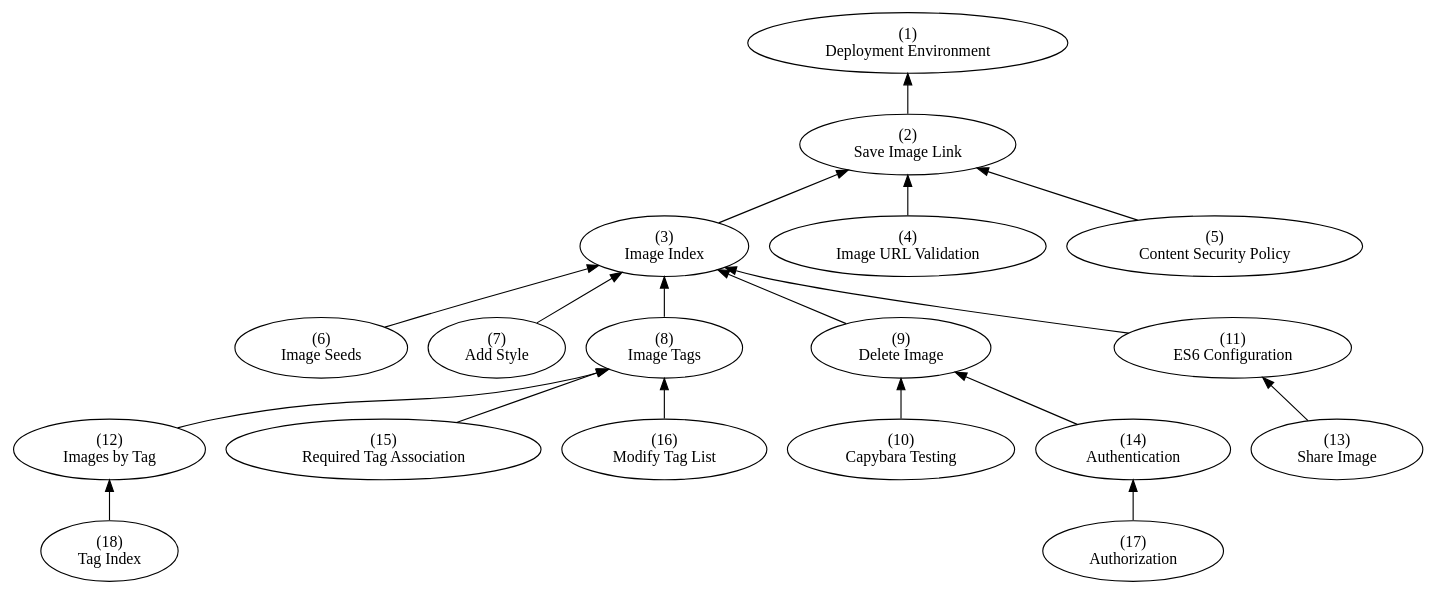
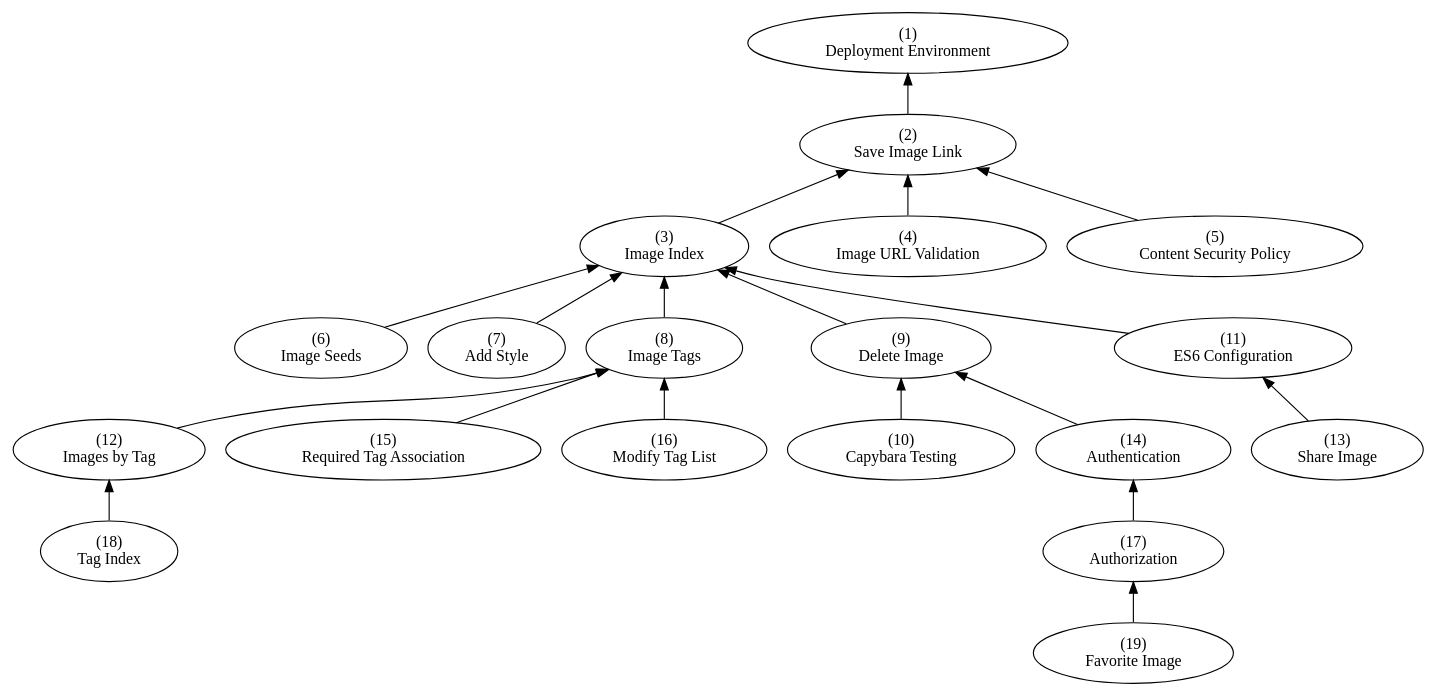
Before and after one commit to AppFolioOnboarding/tasks: the diagram in dependencies.dot, drawn with Graphviz. The commit also changed 2 other files, not shown here.

Commit message:
Add Favorite Image task

```diff
--- a/dependencies.dot
+++ b/dependencies.dot
@@ -1,40 +1,42 @@
 digraph Dependencies {
   rankdir=BT;
 
   "Deployment Environment" [label="(1)\nDeployment Environment"]
   "Save Image Link" [label="(2)\nSave Image Link"]
   "Image Index" [label="(3)\nImage Index"]
   "Image URL Validation" [label="(4)\nImage URL Validation"]
   "Content Security Policy" [label="(5)\nContent Security Policy"]
   "Image Seeds" [label="(6)\nImage Seeds"]
   "Add Style" [label="(7)\nAdd Style"]
   "Image Tags" [label="(8)\nImage Tags"]
   "Delete Image" [label="(9)\nDelete Image"]
   "Capybara Testing" [label="(10)\nCapybara Testing"]
   "ES6 Configuration" [label="(11)\nES6 Configuration"]
   "Images by Tag" [label="(12)\nImages by Tag"]
   "Share Image" [label="(13)\nShare Image"]
   "Authentication" [label="(14)\nAuthentication"]
   "Required Tag Association" [label="(15)\nRequired Tag Association"]
   "Modify Tag List" [label="(16)\nModify Tag List"]
   "Authorization" [label="(17)\nAuthorization"]
   "Tag Index" [label="(18)\nTag Index"]
+  "Favorite Image" [label="(19)\nFavorite Image"]
 
   "Add Style" -> "Image Index"
   "Authentication" -> "Delete Image"
   "Authorization" -> "Authentication"
   "Capybara Testing" -> "Delete Image"
   "Content Security Policy" -> "Save Image Link"
   "Delete Image" -> "Image Index"
   "ES6 Configuration" -> "Image Index"
+  "Favorite Image" -> "Authorization"
   "Image Index" -> "Save Image Link"
   "Image Seeds" -> "Image Index"
   "Image Tags" -> "Image Index"
   "Image URL Validation" -> "Save Image Link"
   "Images by Tag" -> "Image Tags"
   "Modify Tag List" -> "Image Tags"
   "Required Tag Association" -> "Image Tags"
   "Save Image Link" -> "Deployment Environment"
   "Share Image" -> "ES6 Configuration"
   "Tag Index" -> "Images by Tag"
 }
```
